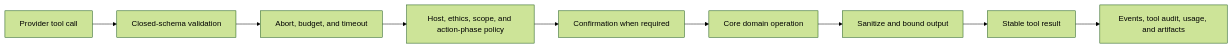
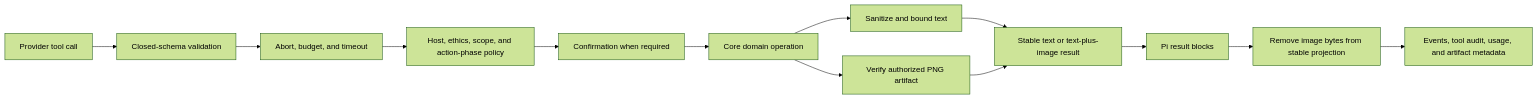
Before and after one commit to abranjith/yantra: the sixth of 11 diagrams in docs/architecture.md, drawn with Mermaid (forest theme). The commit also changed other lines of this file and 67 other files, not shown here.

````diff
--- a/docs/architecture.md
+++ b/docs/architecture.md
@@ -439,11 +447,15 @@
 ```mermaid
 flowchart LR
   Call[Provider tool call] --> Validate[Closed-schema validation]
   Validate --> Budget[Abort, budget, and timeout]
   Budget --> Policy[Host, ethics, scope, and action-phase policy]
   Policy --> Consent[Confirmation when required]
   Consent --> Domain[Core domain operation]
-  Domain --> Sanitize[Sanitize and bound output]
-  Sanitize --> Result[Stable tool result]
-  Result --> Audit[Events, tool audit, usage, and artifacts]
+  Domain --> Sanitize[Sanitize and bound text]
+  Domain --> ImageGate[Verify authorized PNG artifact]
+  Sanitize --> Result[Stable text or text-plus-image result]
+  ImageGate --> Result
+  Result --> Provider[Pi result blocks]
+  Provider --> AuditProjection[Remove image bytes from stable projection]
+  AuditProjection --> Audit[Events, tool audit, usage, and artifact metadata]
 ```
````
